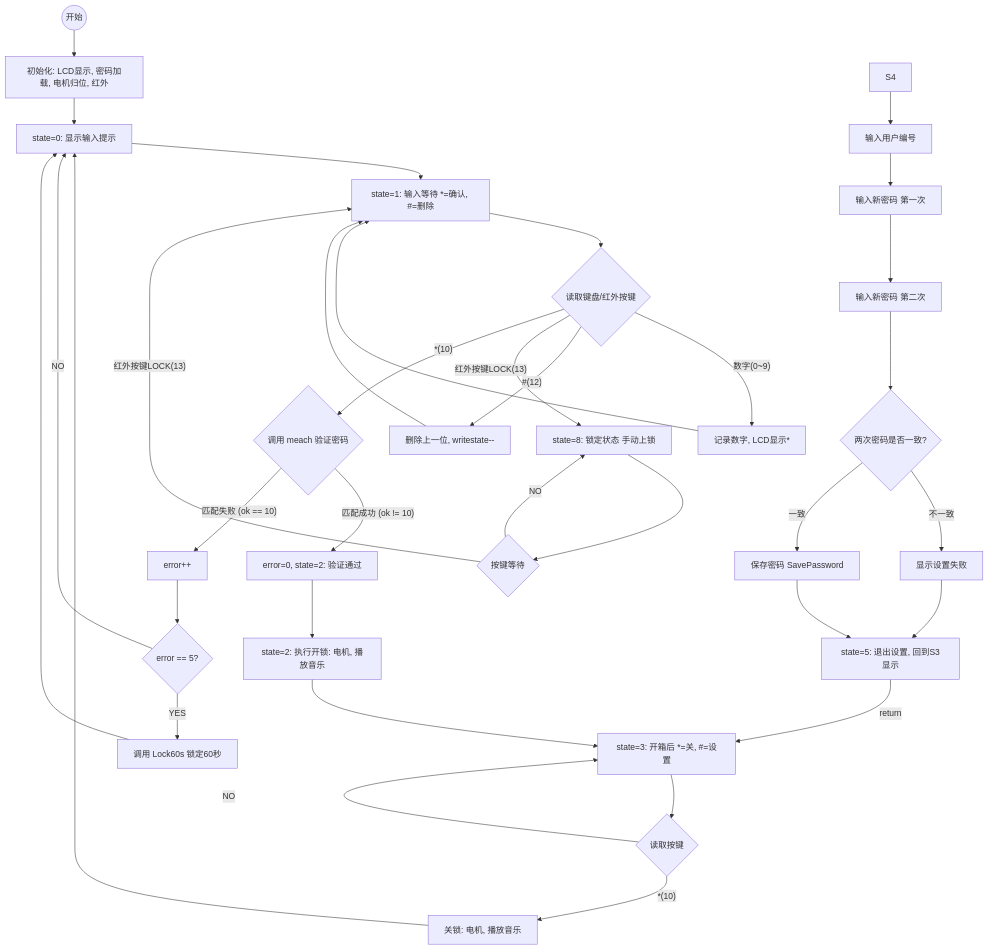
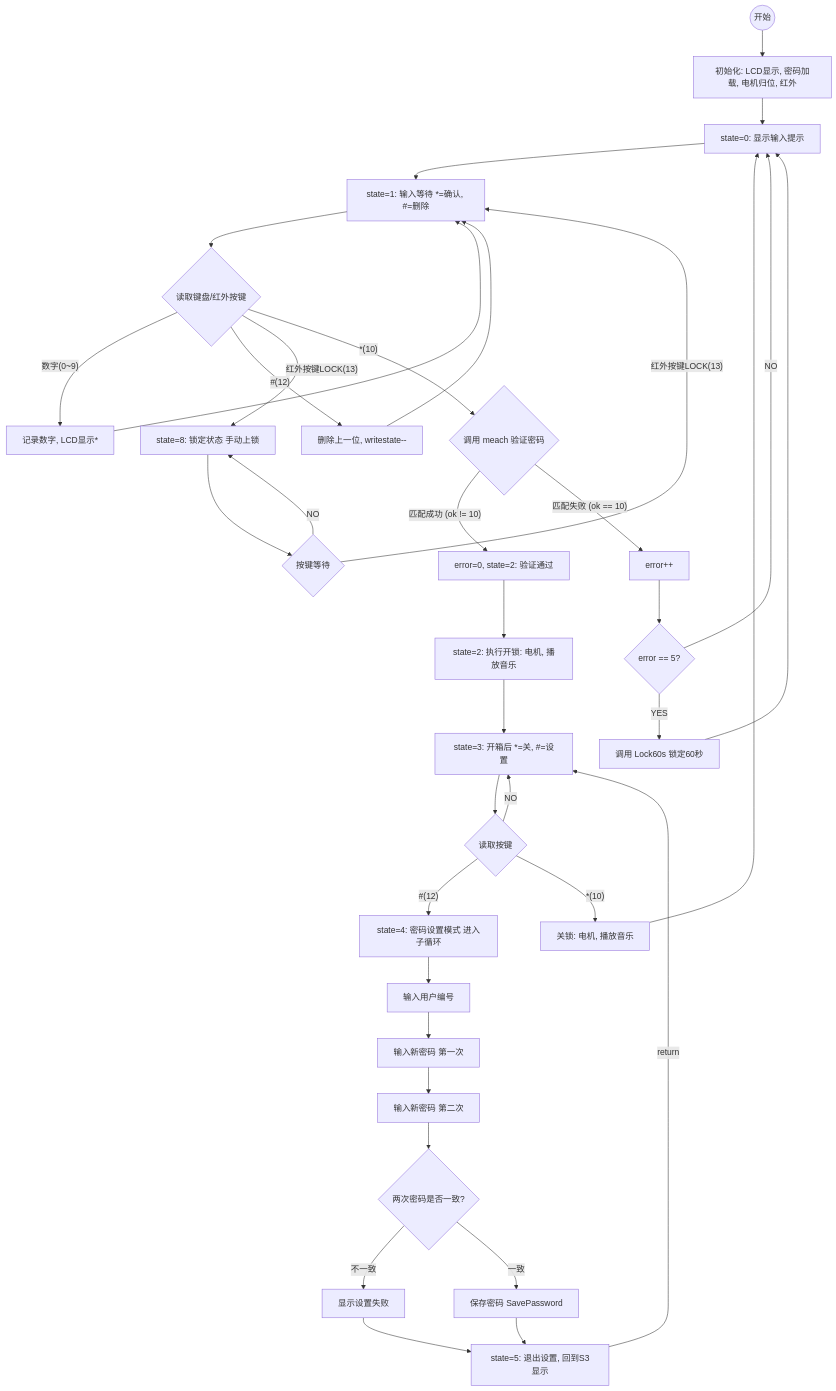
Before and after one commit to ksxyh-22/iodraw-files: the diagram in all/未命名-2.md, drawn with Mermaid.

Commit message:
2025-10-11 11:15:54 update

````diff
--- a/all/未命名-2.md
+++ b/all/未命名-2.md
@@ -1,70 +1,72 @@
 ```mermaid
 graph TD
     %% 状态机主流程
     START((开始)) --> INIT[初始化: LCD显示, 密码加载, 电机归位, 红外];
     INIT --> S0[state=0: 显示输入提示];
 
     %% 状态 1: 密码输入与验证 (主流程)
     S0 --> S1[state=1: 输入等待 *=确认, #=删除];
     
     S1 --> INPUT{读取键盘/红外按键};
     
     %% 处理输入分支
     INPUT -- 数字(0~9) --> DIGIT[记录数字, LCD显示*];
     DIGIT --> S1;
 
     INPUT -- #(12) --> DELETE[删除上一位, writestate--];
     DELETE --> S1;
 
     %% 手动锁定 (分支到右侧)
     INPUT -- 红外按键LOCK(13) --> S8;
     
     %% 验证分支
     INPUT -- *(10) --> VERIFY{调用 meach 验证密码};
     
     VERIFY -- 匹配成功 (ok != 10) --> S2_SUCCESS[error=0, state=2: 验证通过];
     
     %% 失败和错误处理 (分支到右侧)
     VERIFY -- 匹配失败 (ok == 10) --> ERROR_COUNT[error++];
     
     ERROR_COUNT --> CHECK_ERRORS{error == 5?};
     
     CHECK_ERRORS -- NO --> S0;
 
     CHECK_ERRORS -- YES --> LOCK_60s[调用 Lock60s 锁定60秒];
     LOCK_60s --> S0;
 
     %% 状态 2, 3, 5: 开锁后的操作 (主流程)
     S2_SUCCESS --> S2_OPEN[state=2: 执行开锁: 电机, 播放音乐];
     S2_OPEN --> S3[state=3: 开箱后 *=关, #=设置];
 
     S3 --> POST_KEY{读取按键};
     
     POST_KEY -- NO --> S3;
     
+    POST_KEY -- #(12) --> S4[state=4: 密码设置模式 进入子循环];
+
     POST_KEY -- *(10) --> S3_CLOSE[关锁: 电机, 播放音乐];
     S3_CLOSE --> S0;
     
     
 
     %% 状态 4: 密码设置 (子流程)
     S4 --> S4_USER[输入用户编号];
     S4_USER --> S4_PASS1[输入新密码 第一次];
     S4_PASS1 --> S4_PASS2[输入新密码 第二次];
 
     S4_PASS2 --> S4_CHECK{两次密码是否一致?};
     
     S4_CHECK -- 不一致 --> S4_FAIL[显示设置失败];
     S4_FAIL --> S5[state=5: 退出设置, 回到S3显示];
 
     S4_CHECK -- 一致 --> S4_SAVE[保存密码 SavePassword];
     S4_SAVE --> S5;
     
     S5 -- return --> S3; 
     
     %% 状态 8: 锁定状态 (独立循环)
     S8[state=8: 锁定状态 手动上锁] --> S8_WAIT{按键等待};
     
     S8_WAIT -- NO --> S8;
     S8_WAIT -- 红外按键LOCK(13) --> S1;
 ```
````
